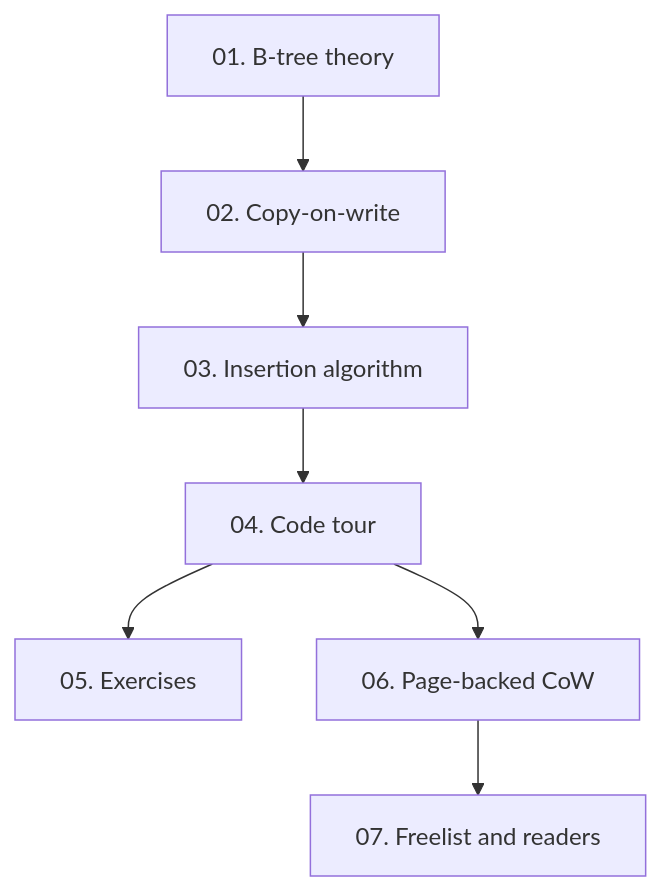
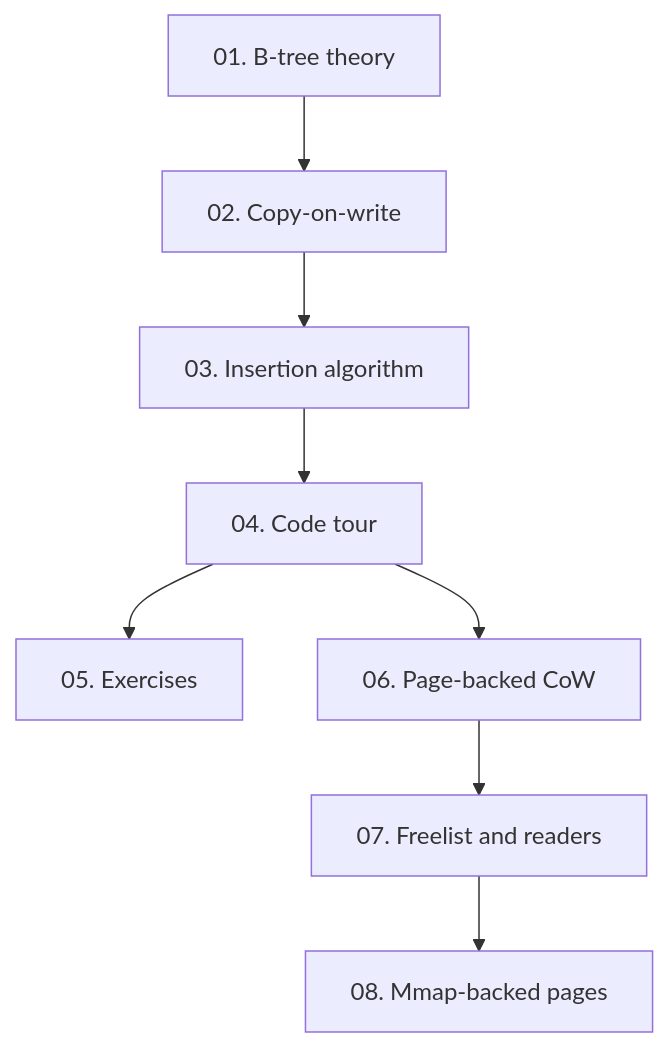
Before and after one commit to hadamrd/cow-btree-course: the diagram in docs/index.md, drawn with Mermaid. The commit also changed other lines of this file and 14 other files, not shown here.

Commit message:
feat: add mmap-backed page storage

````diff
--- a/docs/index.md
+++ b/docs/index.md
@@ -17,9 +17,10 @@
 ```mermaid
 flowchart TD
     A["01. B-tree theory"] --> B["02. Copy-on-write"]
     B --> C["03. Insertion algorithm"]
     C --> D["04. Code tour"]
     D --> E["05. Exercises"]
     D --> F["06. Page-backed CoW"]
     F --> G["07. Freelist and readers"]
+    G --> H["08. Mmap-backed pages"]
 ```
````
